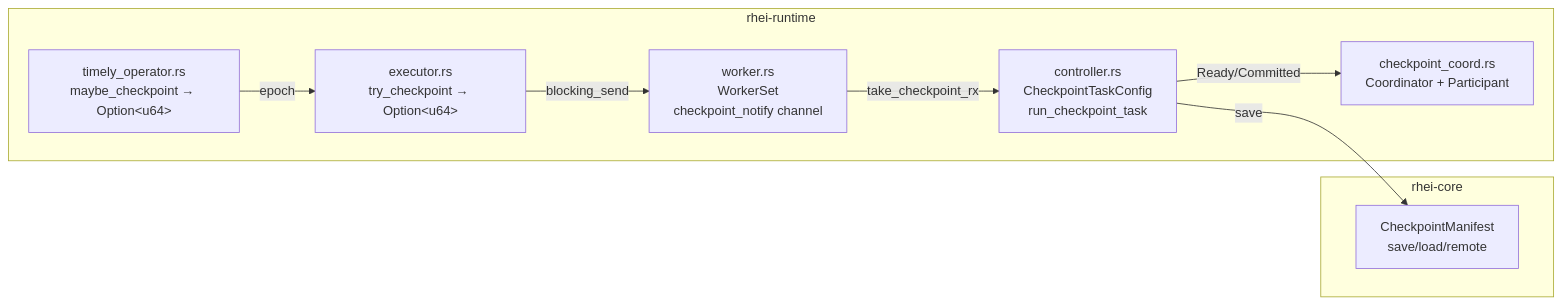
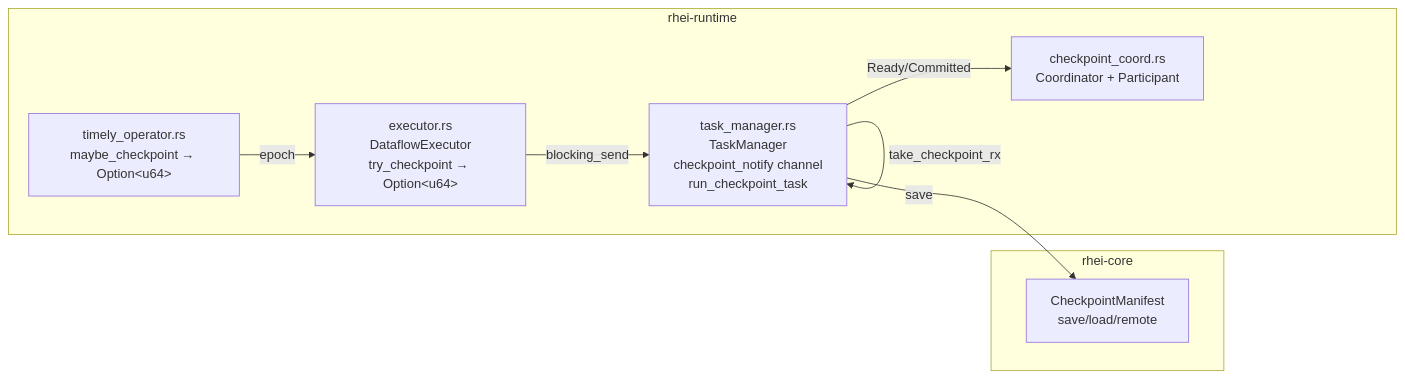
Before and after one commit to RcRonco/rhei: the second of 2 diagrams in ADR/coordinated-checkpoint.md, drawn with Mermaid. The commit also changed 3 other files, not shown here.

````diff
--- a/ADR/coordinated-checkpoint.md
+++ b/ADR/coordinated-checkpoint.md
@@ -85,20 +85,19 @@
 ```mermaid
 graph LR
     subgraph rhei-core
         CM[CheckpointManifest<br/>save/load/remote]
     end
 
     subgraph rhei-runtime
         CC[checkpoint_coord.rs<br/>Coordinator + Participant]
-        CT[controller.rs<br/>CheckpointTaskConfig<br/>run_checkpoint_task]
-        WS[worker.rs<br/>WorkerSet<br/>checkpoint_notify channel]
-        EX[executor.rs<br/>try_checkpoint → Option&lt;u64&gt;]
+        TM[task_manager.rs<br/>TaskManager<br/>checkpoint_notify channel<br/>run_checkpoint_task]
+        EX[executor.rs<br/>DataflowExecutor<br/>try_checkpoint → Option&lt;u64&gt;]
         TO[timely_operator.rs<br/>maybe_checkpoint → Option&lt;u64&gt;]
     end
 
     TO -->|epoch| EX
-    EX -->|blocking_send| WS
-    WS -->|take_checkpoint_rx| CT
-    CT -->|Ready/Committed| CC
-    CT -->|save| CM
+    EX -->|blocking_send| TM
+    TM -->|take_checkpoint_rx| TM
+    TM -->|Ready/Committed| CC
+    TM -->|save| CM
 ```
````
